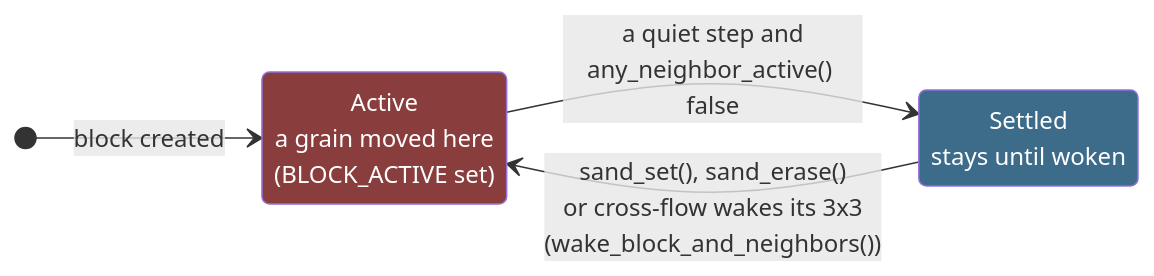
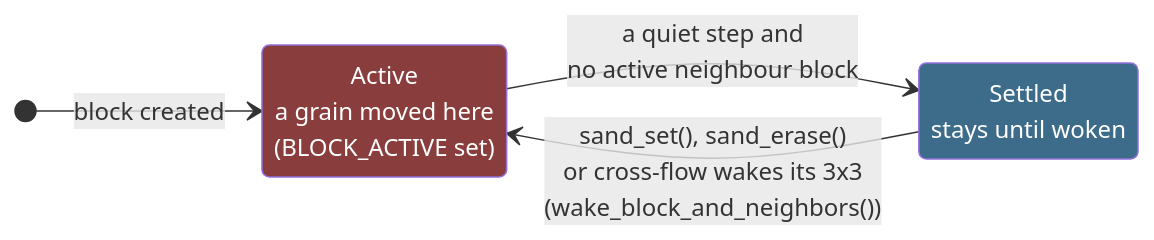
The second of 2 diagrams in docs/sand/Architecture.md (jose-villegas/autana), drawn with Mermaid before and after one commit. The commit also changed 3 other files, not shown here.

````diff
--- a/docs/sand/Architecture.md
+++ b/docs/sand/Architecture.md
@@ -221,16 +221,16 @@
 ```mermaid
 stateDiagram-v2
     direction LR
     [*] --> Active: block created
 
     Active : Active<br/>a grain moved here<br/>(BLOCK_ACTIVE set)
     Settled : Settled<br/>stays until woken
 
-    Active --> Settled: a quiet step and<br/>any_neighbor_active() false
+    Active --> Settled: a quiet step and<br/>no active neighbour block
     Settled --> Active: sand_set(), sand_erase()<br/>or cross-flow wakes its 3x3<br/>(wake_block_and_neighbors())
 
     classDef activeStyle fill:#8a3d3d,color:#fff
     classDef settledStyle fill:#3d6b8a,color:#fff
     class Active activeStyle
     class Settled settledStyle
 ```
````
